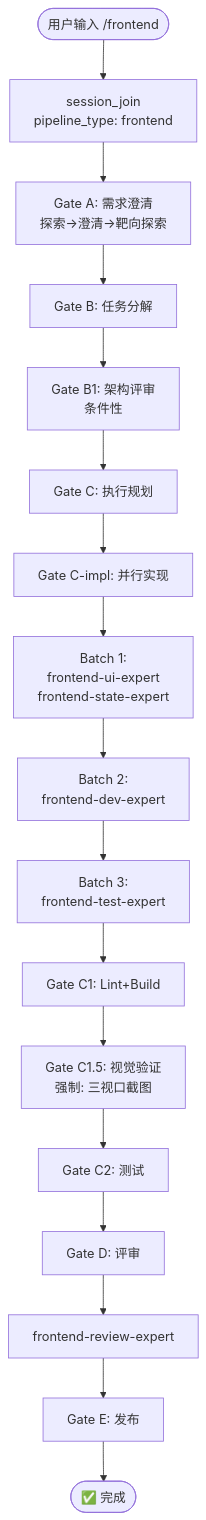
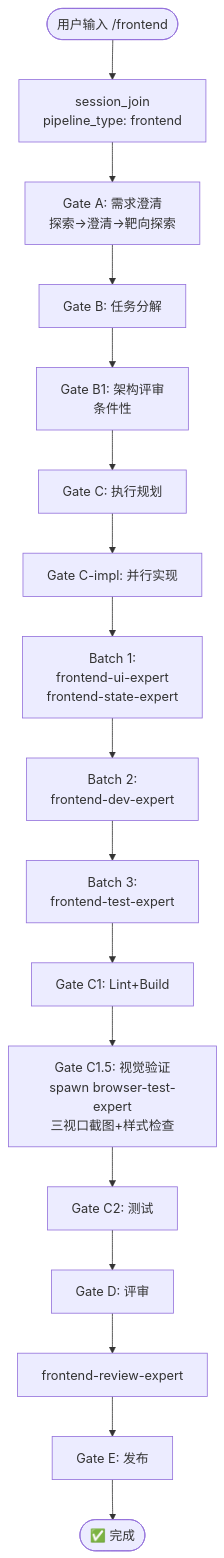
The diagram in docs/flows/frontend.md (Wjl1224734792/Jarvis-Agent-Factory), drawn with Mermaid before and after one commit. The commit also changed 23 other files, not shown here.

First line of the commit message:
fix: v4.7.85 — Gate C1.5 browser-test-expert集成 + 全量文档同步

````diff
--- a/docs/flows/frontend.md
+++ b/docs/flows/frontend.md
@@ -27,19 +27,19 @@
 ```mermaid
 flowchart TD
     START([用户输入 /frontend]) --> JOIN[session_join<br/>pipeline_type: frontend]
     JOIN --> A[Gate A: 需求澄清<br/>探索→澄清→靶向探索]
     A --> B[Gate B: 任务分解]
     B --> B1[Gate B1: 架构评审<br/>条件性]
     B1 --> C[Gate C: 执行规划]
     C --> CI[Gate C-impl: 并行实现]
     CI --> CI_B1[Batch 1:<br/>frontend-ui-expert<br/>frontend-state-expert]
     CI_B1 --> CI_B2[Batch 2:<br/>frontend-dev-expert]
     CI_B2 --> CI_B3[Batch 3:<br/>frontend-test-expert]
     CI_B3 --> C1[Gate C1: Lint+Build]
-    C1 --> C15[Gate C1.5: 视觉验证<br/>强制: 三视口截图]
+    C1 --> C15[Gate C1.5: 视觉验证<br/>spawn browser-test-expert<br/>三视口截图+样式检查]
     C15 --> C2[Gate C2: 测试]
     C2 --> D[Gate D: 评审]
     D --> D1[frontend-review-expert]
     D1 --> E[Gate E: 发布]
     E --> DONE([✅ 完成])
 ```
````
